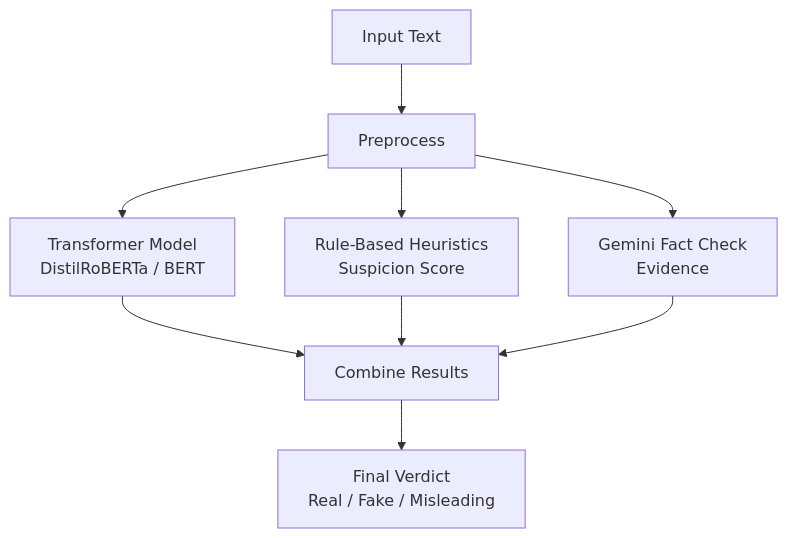
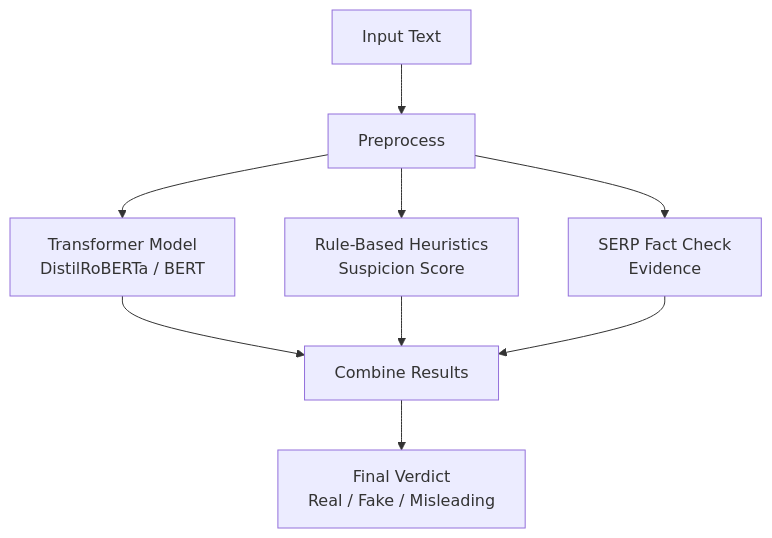
Before and after one commit to PrahaladVK/Hoax-Detection-System: the diagram in README.md, drawn with Mermaid. The commit also changed other lines of this file, not shown here.

````diff
--- a/README.md
+++ b/README.md
@@ -47,11 +47,11 @@
 ```mermaid
 graph TD
     A[Input Text] --> B[Preprocess]
     B --> C[Transformer Model<br/>DistilRoBERTa / BERT]
     B --> D[Rule-Based Heuristics<br/>Suspicion Score]
-    B --> E[Gemini Fact Check<br/>Evidence]
+    B --> E[SERP Fact Check<br/>Evidence]
     C --> F[Combine Results]
     D --> F
     E --> F
     F --> G[Final Verdict<br/>Real / Fake / Misleading]
 ```
````
